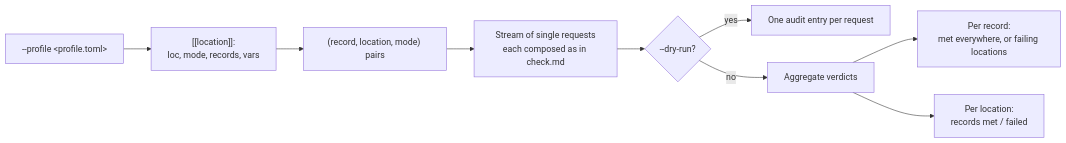
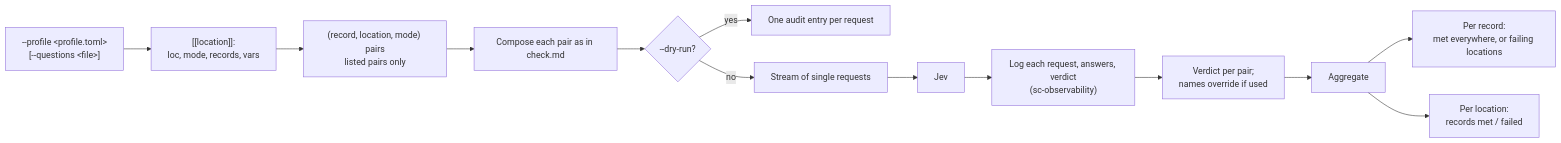
Before and after one commit to randlee/judge-jev: the diagram in docs/diagrams/check-profile.md, drawn with Mermaid. The commit also changed other lines of this file and 5 other files, not shown here.

Commit message:
docs: fix QA consistency findings across records, README and diagrams

````diff
--- a/docs/diagrams/check-profile.md
+++ b/docs/diagrams/check-profile.md
@@ -3,11 +3,14 @@
 ```mermaid
 flowchart LR
-    PF["--profile &lt;profile.toml&gt;"] --> E["[[location]]:<br/>loc, mode, records, vars"]
-    E --> PAIRS["(record, location, mode) pairs"]
-    PAIRS --> S["Stream of single requests<br/>each composed as in check.md"]
-    S --> DR{"--dry-run?"}
+    PF["--profile &lt;profile.toml&gt;<br/>[--questions &lt;file&gt;]"] --> E["[[location]]:<br/>loc, mode, records, vars"]
+    E --> PAIRS["(record, location, mode) pairs<br/>listed pairs only"]
+    PAIRS --> C["Compose each pair as in check.md"]
+    C --> DR{"--dry-run?"}
     DR -- yes --> AU["One audit entry per request"]
-    DR -- no --> A[Aggregate verdicts]
+    DR -- no --> S["Stream of single requests"] --> J[Jev]
+    J --> L["Log each request, answers, verdict<br/>(sc-observability)"]
+    L --> PV["Verdict per pair;<br/>names override if used"]
+    PV --> A[Aggregate]
     A --> BR["Per record:<br/>met everywhere, or failing locations"]
     A --> BL["Per location:<br/>records met / failed"]
 ```
````
